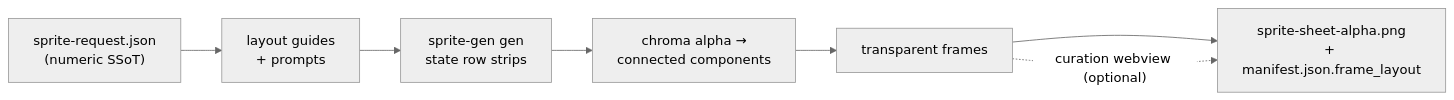
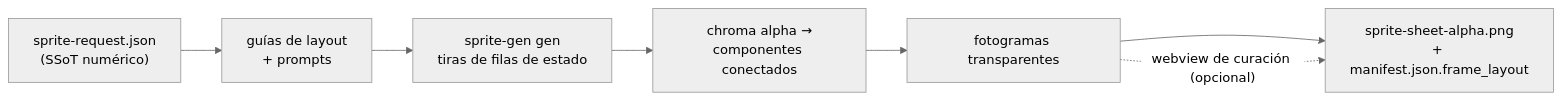
One commit to aldegad/sprite-gen changed the diagram in README.es.md. Above: the diagram before and after it, drawn with Mermaid (neutral theme). The commit also changed other lines of this file and 10 other files, not shown here.

Commit message:
feat(cutout): route on corner colour — white/ivory→matte, magenta/green key→reuse extract.remove_chroma_background (no drift); --key auto|white|magenta|green; +6 routing tests; docs+i18n (v1.56.79)

````diff
--- a/README.es.md
+++ b/README.es.md
@@ -35,9 +35,9 @@
 ```mermaid
 flowchart LR
-    REQ["sprite-request.json<br/>(numeric SSoT)"] --> GUIDES["layout guides<br/>+ prompts"]
-    GUIDES --> GEN["sprite-gen gen<br/>state row strips"]
-    GEN --> EXTRACT["chroma alpha →<br/>connected components"]
-    EXTRACT --> FRAMES["transparent frames"]
+    REQ["sprite-request.json<br/>(SSoT numérico)"] --> GUIDES["guías de layout<br/>+ prompts"]
+    GUIDES --> GEN["sprite-gen gen<br/>tiras de filas de estado"]
+    GEN --> EXTRACT["chroma alpha →<br/>componentes conectados"]
+    EXTRACT --> FRAMES["fotogramas transparentes"]
     FRAMES --> ATLAS["sprite-sheet-alpha.png<br/>+ manifest.json.frame_layout"]
-    FRAMES -. "curation webview (optional)" .-> ATLAS
+    FRAMES -. "webview de curación (opcional)" .-> ATLAS
 ```
````
